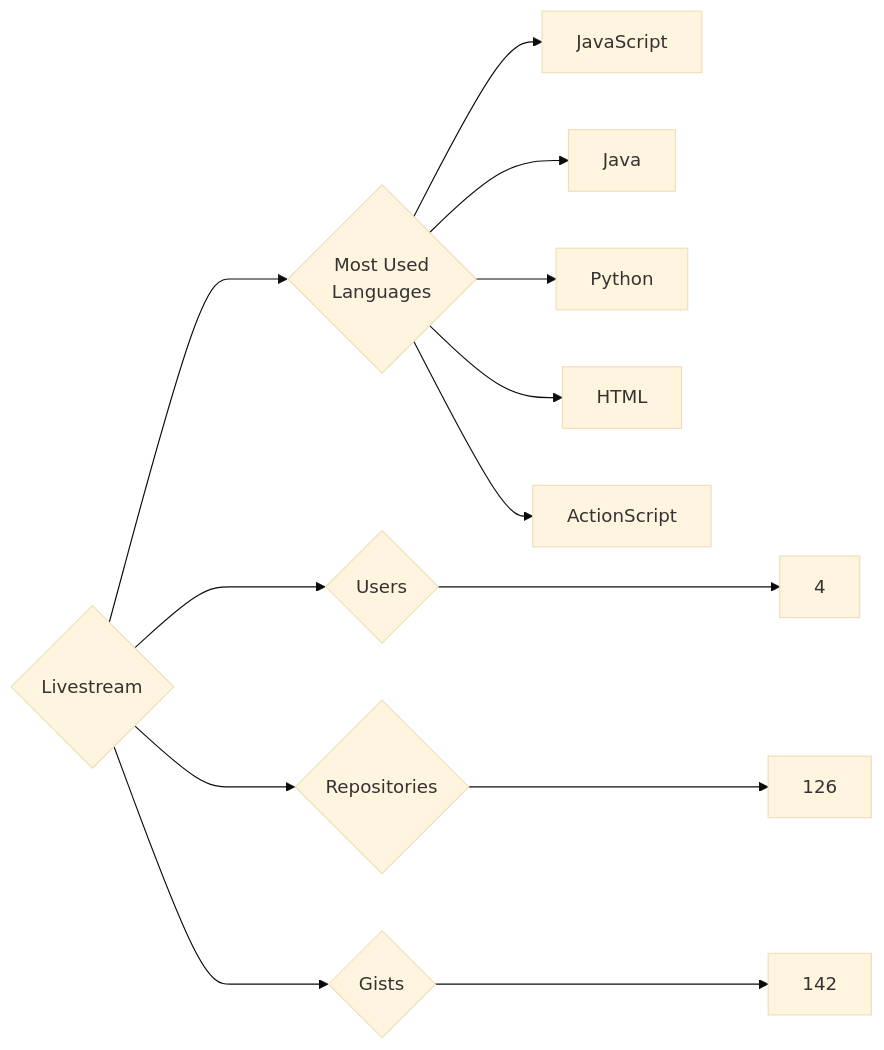
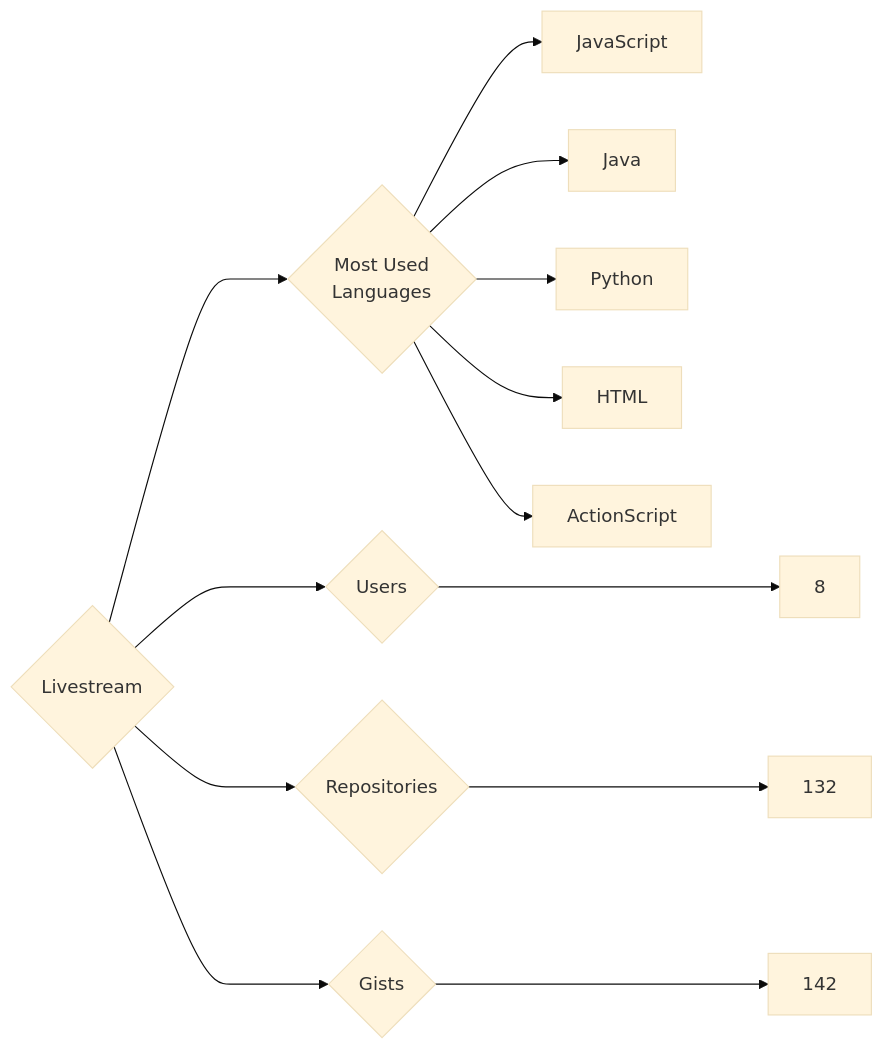
One commit to trickest/insiders changed the diagram in targets/Livestream/README.md. Above: the diagram before and after it, drawn with Mermaid (base theme). The commit also changed 814 other files, not shown here.

````diff
--- a/targets/Livestream/README.md
+++ b/targets/Livestream/README.md
@@ -3,13 +3,13 @@
 ```mermaid
 graph LR
 COMPANY_NAME{Livestream}
-COMPANY_NAME ---> U{Users} ---> UN[4]
-COMPANY_NAME ---> R{Repositories} ---> RN[126]
+COMPANY_NAME ---> U{Users} ---> UN[8]
+COMPANY_NAME ---> R{Repositories} ---> RN[132]
 COMPANY_NAME ---> G{Gists} ---> GN[142]
 COMPANY_NAME ---> ML{Most Used<br>Languages}
 ML --> JavaScript[JavaScript]
 ML --> Java[Java]
 ML --> Python[Python]
 ML --> HTML[HTML]
 ML --> ActionScript[ActionScript]
 ```
````
